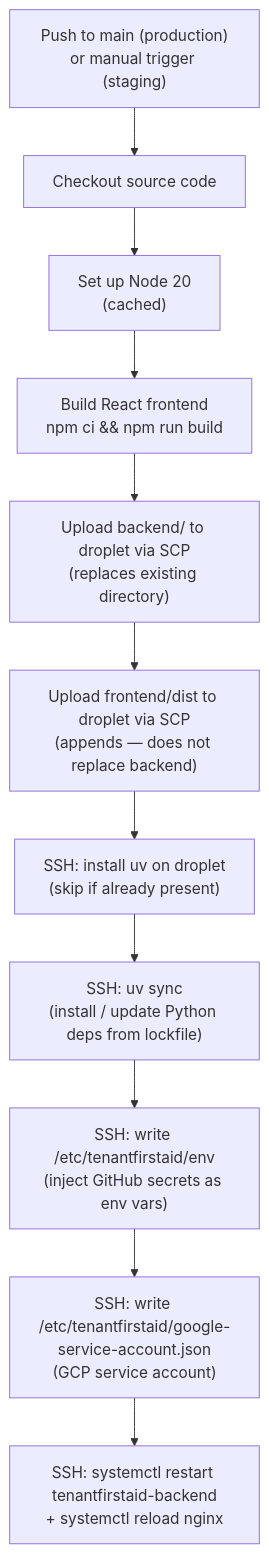
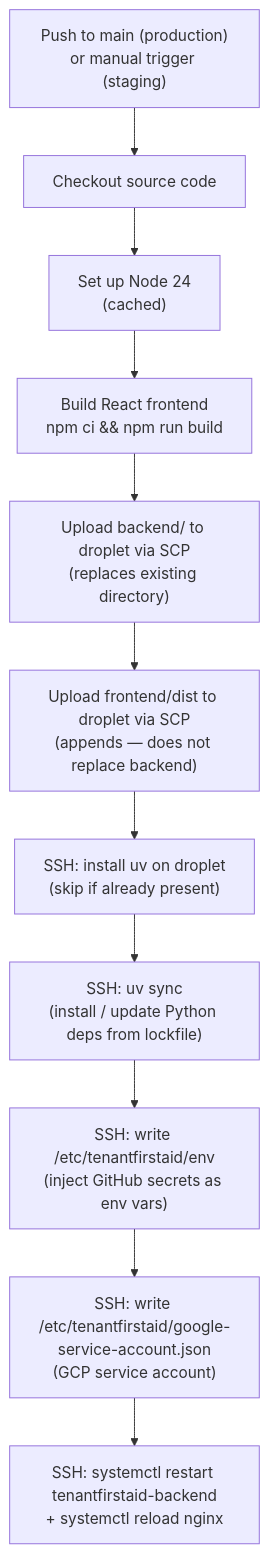
The fourth of 5 diagrams in Deployment.md (codeforpdx/tenantfirstaid), drawn with Mermaid before and after one commit. The commit also changed 1 other file, not shown here.

Commit message:
Update CI/CD diagram to Node 24; Declare engines node >=24 in frontend package.json

````diff
--- a/Deployment.md
+++ b/Deployment.md
@@ -190,13 +190,13 @@
 ```mermaid
 flowchart TD
     Trigger["Push to main (production)<br/>or manual trigger (staging)"] --> Checkout["Checkout source code"]
-    Checkout --> NodeSetup["Set up Node 20<br/>(cached)"]
+    Checkout --> NodeSetup["Set up Node 24<br/>(cached)"]
     NodeSetup --> BuildUI["Build React frontend<br/>npm ci && npm run build"]
     BuildUI --> SCPBackend["Upload backend/ to droplet via SCP<br/>(replaces existing directory)"]
     SCPBackend --> SCPFrontend["Upload frontend/dist to droplet via SCP<br/>(appends — does not replace backend)"]
     SCPFrontend --> UVInstall["SSH: install uv on droplet<br/>(skip if already present)"]
     UVInstall --> UVSync["SSH: uv sync<br/>(install / update Python deps from lockfile)"]
     UVSync --> WriteEnv["SSH: write /etc/tenantfirstaid/env<br/>(inject GitHub secrets as env vars)"]
     WriteEnv --> WriteCreds["SSH: write /etc/tenantfirstaid/google-service-account.json<br/>(GCP service account)"]
     WriteCreds --> Restart["SSH: systemctl restart tenantfirstaid-backend<br/>+ systemctl reload nginx"]
 ```
````
